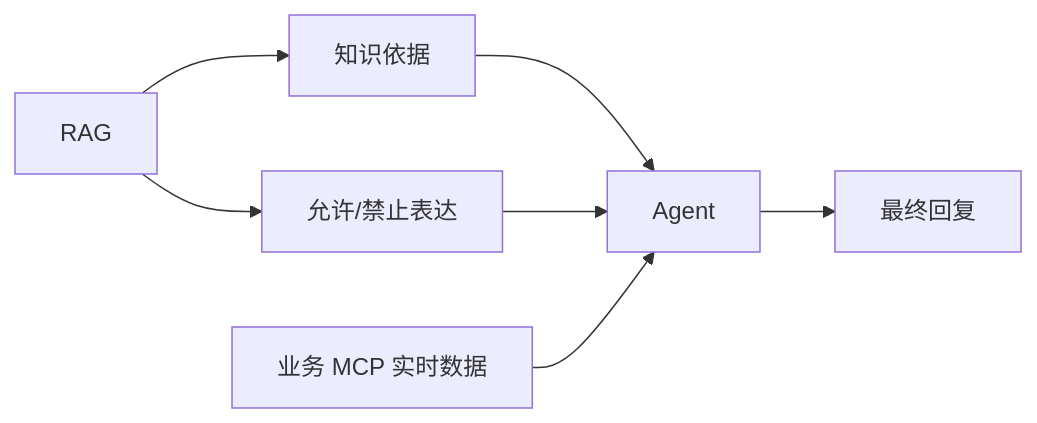
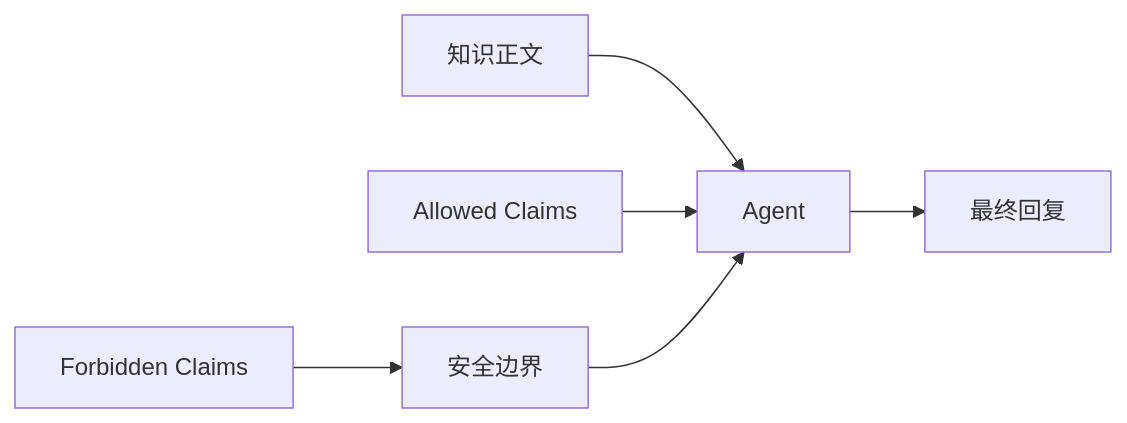
The seventh of 25 diagrams in docs/rag_service_design_report_v1.0.md (YYHRICH/dalizai-knowledge-rag-service), drawn with Mermaid before and after one commit. The commit also changed other lines of this file, not shown here.

Commit message:
Refocus RAG design on knowledge governance

````diff
--- a/docs/rag_service_design_report_v1.0.md
+++ b/docs/rag_service_design_report_v1.0.md
@@ -237,9 +304,8 @@
 ```mermaid
 flowchart LR
-    RAG[RAG] --> Facts[知识依据]
-    RAG --> Claims[允许/禁止表达]
-    Facts --> Agent[Agent]
-    Claims --> Agent
-    Biz[业务 MCP 实时数据] --> Agent
+    Content[知识正文] --> Agent[Agent]
+    Allow[Allowed Claims] --> Agent
+    Forbid[Forbidden Claims] --> Guard[安全边界]
+    Guard --> Agent
     Agent --> Reply[最终回复]
 ```
````
